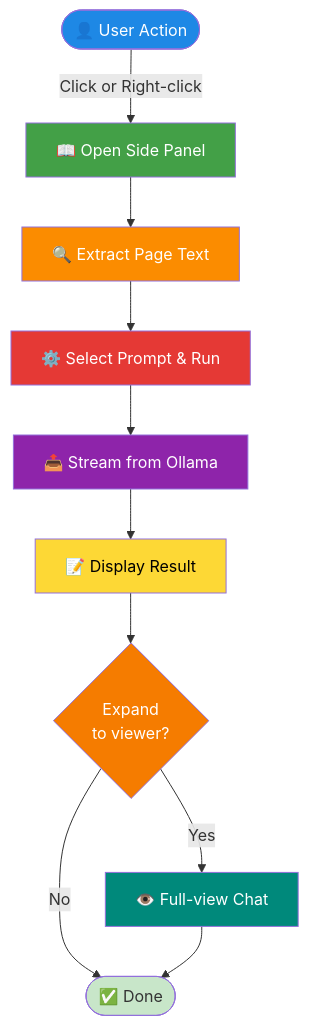
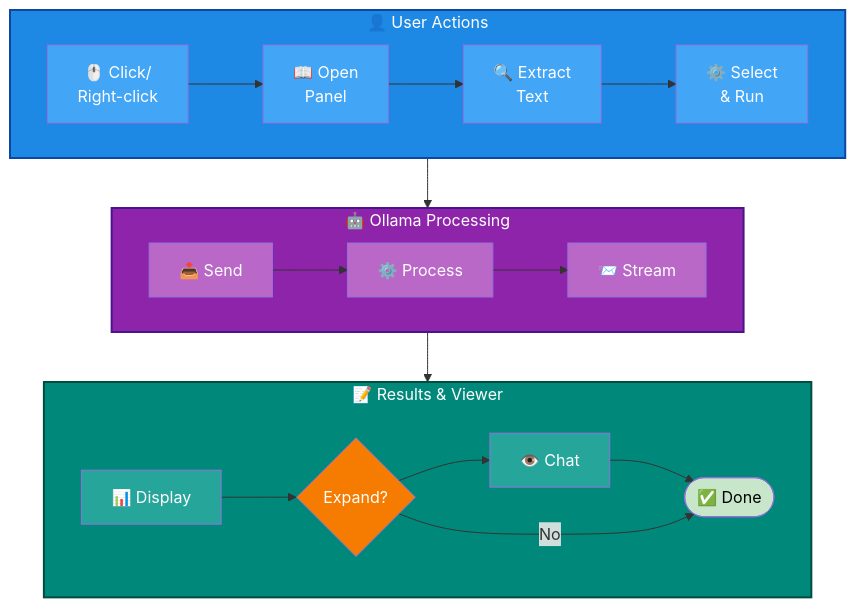
Before and after one commit to ioncat/llm-onpage-summarizer: the diagram in README.md, drawn with Mermaid.

Commit message:
docs: add compact architecture diagram to README
- Replace verbose flowchart with 3-block layout (User Actions → Ollama → Results)
- Each block contains horizontal sequence for clarity
- Improves documentation readability and page layout

````diff
--- a/README.md
+++ b/README.md
@@ -24,22 +24,33 @@
 ```mermaid
 graph TD
-    A([👤 User Action]) -->|Click or Right-click| B["📖 Open Side Panel"]
-    B --> C["🔍 Extract Page Text"]
-    C --> D["⚙️ Select Prompt & Run"]
-    D --> E["📤 Stream from Ollama"]
-    E --> F["📝 Display Result"]
-    F --> G{Expand<br/>to viewer?}
-    G -->|Yes| H["👁️ Full-view Chat"]
-    G -->|No| I([✅ Done])
-    H --> I
-    
-    style A fill:#1e88e5,color:#fff
-    style B fill:#43a047,color:#fff
-    style C fill:#fb8c00,color:#fff
-    style D fill:#e53935,color:#fff
-    style E fill:#8e24aa,color:#fff
-    style F fill:#fdd835,color:#000
-    style G fill:#f57c00,color:#fff
-    style H fill:#00897b,color:#fff
-    style I fill:#c8e6c9
+    subgraph UA["👤 User Actions"]
+        UA1["🖱️ Click/<br/>Right-click"] --> UA2["📖 Open<br/>Panel"] --> UA3["🔍 Extract<br/>Text"] --> UA4["⚙️ Select<br/>& Run"]
+    end
+
+    subgraph OL["🤖 Ollama Processing"]
+        OL1["📤 Send"] --> OL2["⚙️ Process"] --> OL3["📨 Stream"]
+    end
+
+    subgraph RES["📝 Results & Viewer"]
+        RES1["📊 Display"] --> RES2{Expand?} --> RES3["👁️ Chat"] --> RES4([✅ Done])
+        RES2 -->|No| RES4
+    end
+
+    UA --> OL
+    OL --> RES
+
+    style UA fill:#1e88e5,color:#fff,stroke:#0d47a1,stroke-width:2px
+    style OL fill:#8e24aa,color:#fff,stroke:#4a148c,stroke-width:2px
+    style RES fill:#00897b,color:#fff,stroke:#004d40,stroke-width:2px
+    style UA1 fill:#42a5f5,color:#fff
+    style UA2 fill:#42a5f5,color:#fff
+    style UA3 fill:#42a5f5,color:#fff
+    style UA4 fill:#42a5f5,color:#fff
+    style OL1 fill:#ba68c8,color:#fff
+    style OL2 fill:#ba68c8,color:#fff
+    style OL3 fill:#ba68c8,color:#fff
+    style RES1 fill:#26a69a,color:#fff
+    style RES2 fill:#f57c00,color:#fff
+    style RES3 fill:#26a69a,color:#fff
+    style RES4 fill:#c8e6c9,color:#000
 ```
````
